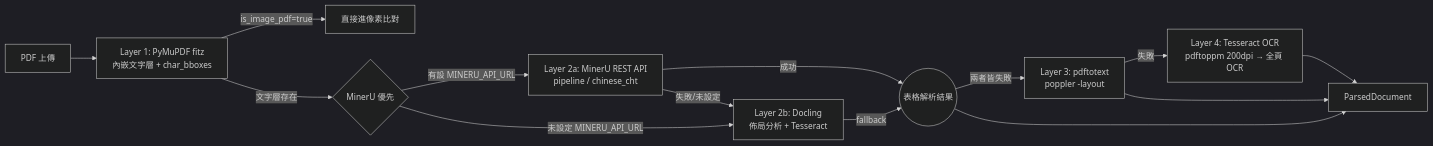
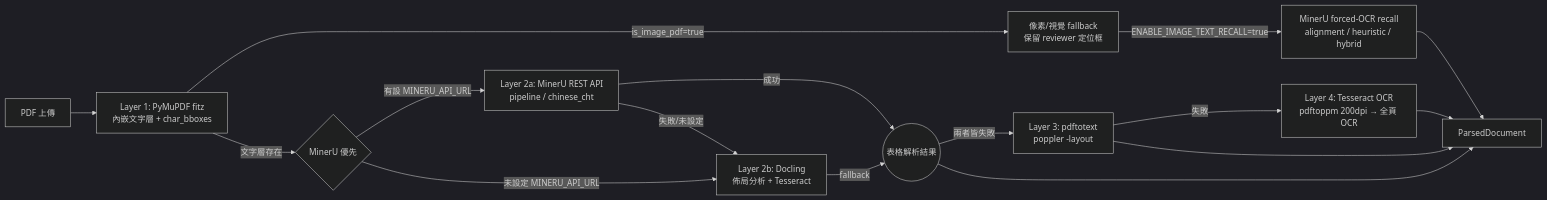
Before and after one commit to a9181873/PDF_check_minerU: the second of 4 diagrams in docs/technical-architecture.md, drawn with Mermaid (dark theme). The commit also changed other lines of this file and 32 other files, not shown here.

````diff
--- a/docs/technical-architecture.md
+++ b/docs/technical-architecture.md
@@ -104,16 +104,18 @@
 ```mermaid
 graph LR
     A[PDF 上傳] --> P[Layer 1: PyMuPDF fitz<br/>內嵌文字層 + char_bboxes]
-    P -->|is_image_pdf=true| PIX[直接進像素比對]
+    P -->|is_image_pdf=true| PIX[像素/視覺 fallback<br/>保留 reviewer 定位框]
+    PIX -->|ENABLE_IMAGE_TEXT_RECALL=true| OCRR[MinerU forced-OCR recall<br/>alignment / heuristic / hybrid]
     P -->|文字層存在| PAR{MinerU 優先}
     PAR -->|有設 MINERU_API_URL| C[Layer 2a: MinerU REST API<br/>pipeline / chinese_cht]
     PAR -->|未設定 MINERU_API_URL| E[Layer 2b: Docling<br/>佈局分析 + Tesseract]
     C -->|成功| W((表格解析結果))
     C -->|失敗/未設定| E[Layer 2b: Docling<br/>佈局分析 + Tesseract]
     E -->|fallback| W
     W -->|兩者皆失敗| F[Layer 3: pdftotext<br/>poppler -layout]
     F -->|失敗| G[Layer 4: Tesseract OCR<br/>pdftoppm 200dpi → 全頁 OCR]
+    OCRR --> H[ParsedDocument + recall candidates]
     W --> H[ParsedDocument]
     F --> H
     G --> H
 ```
````
